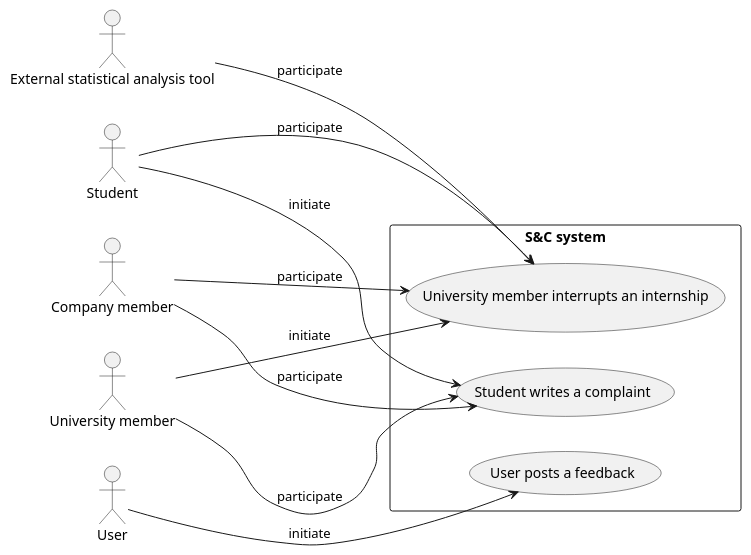
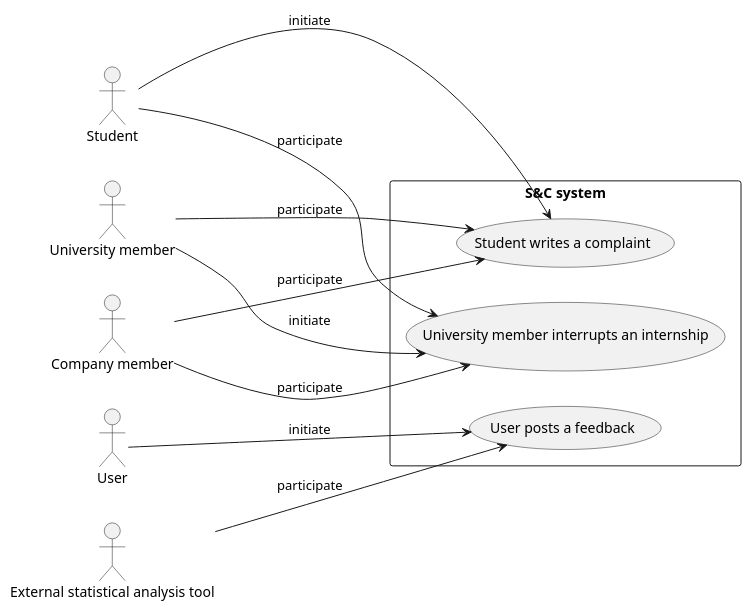
Before and after one commit to matti8702/R_and_DD_project_SE2: the diagram in RASD/Specific_requirements/uml_diagrams/use_cases_diagram6.puml, drawn with PlantUML. The commit also changed 3 other files, not shown here.

Commit message:
fix: fix use cases diagrams

```diff
--- a/RASD/Specific_requirements/uml_diagrams/use_cases_diagram6.puml
+++ b/RASD/Specific_requirements/uml_diagrams/use_cases_diagram6.puml
@@ -1,29 +1,28 @@
-@startuml use_cases_diagram1
+@startuml use_cases_diagram6
 left to right direction
 
 together{
     actor :Student: as ST
     actor :Company member: as CM
     actor :University member: as UM
     actor :External statistical analysis tool: as STAT
     actor :User: as U
 }
 
 rectangle "S&C system"{
-    usecase (Student writes a complaint) as UC24
-    usecase (University member interrupts an internship) as UC25
-    usecase (User posts a feedback) as UC26
+    usecase (Student writes a complaint) as UC26
+    usecase (University member interrupts an internship) as UC27
+    usecase (User posts a feedback) as UC28
 }
 
-ST --> UC24: initiate
-UM --> UC24 : participate
-CM --> UC24 : participate
+ST --> UC26: initiate
+UM --> UC26 : participate
+CM --> UC26 : participate
 
-UM ---> UC25: initiate
-CM --> UC25 : participate
-ST --> UC25 : participate
+UM ---> UC27: initiate
+CM --> UC27 : participate
+ST --> UC27 : participate
 
-STAT -> UC25: participate
-
-U --> UC26: initiate
+STAT -> UC28: participate
+U --> UC28: initiate
 @enduml
```
